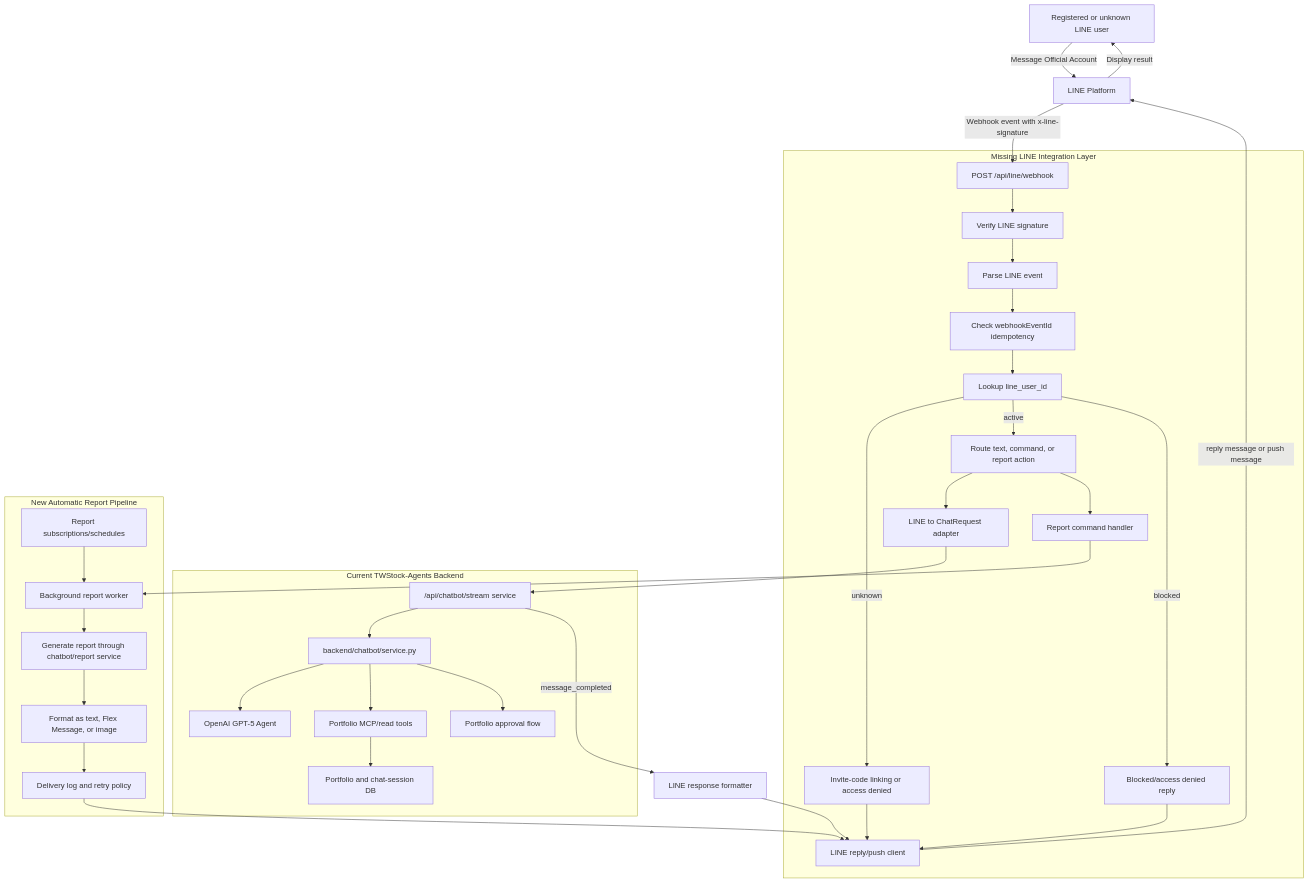
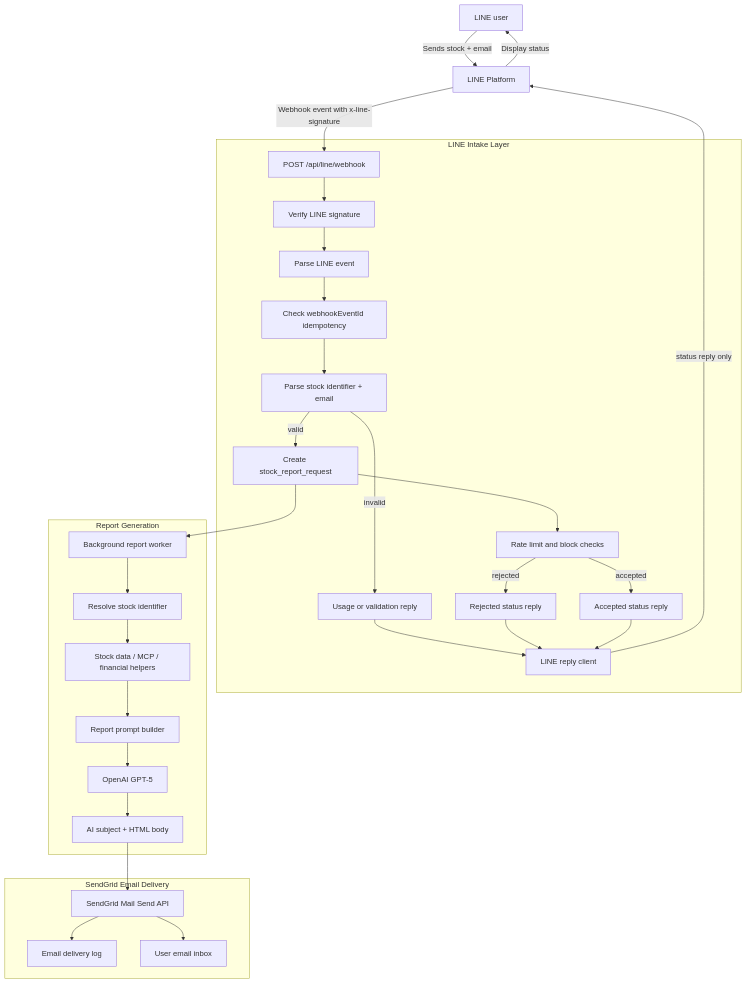
The diagram in docs/superpowers/specs/line-chatbot-reports/03-system-architecture.md (CJsGit-tech/TWStock-Agents), drawn with Mermaid before and after one commit. The commit also changed other lines of this file and 7 other files, not shown here.

Commit message:
docs: revise LINE v1 for SendGrid email reports

````diff
--- a/docs/superpowers/specs/line-chatbot-reports/03-system-architecture.md
+++ b/docs/superpowers/specs/line-chatbot-reports/03-system-architecture.md
@@ -5,43 +5,38 @@
 ```mermaid
 flowchart TD
-    User["Registered or unknown LINE user"] -->|"Message Official Account"| LinePlatform["LINE Platform"]
+    User["LINE user"] -->|"Sends stock + email"| LinePlatform["LINE Platform"]
     LinePlatform -->|"Webhook event with x-line-signature"| LineWebhook["POST /api/line/webhook"]
 
-    subgraph LineIntegration["Missing LINE Integration Layer"]
+    subgraph LineIntake["LINE Intake Layer"]
         LineWebhook --> SignatureVerifier["Verify LINE signature"]
         SignatureVerifier --> EventParser["Parse LINE event"]
         EventParser --> Idempotency["Check webhookEventId idempotency"]
-        Idempotency --> UserLookup["Lookup line_user_id"]
-        UserLookup -->|"unknown"| LinkOrDeny["Invite-code linking or access denied"]
-        UserLookup -->|"active"| IntentRouter["Route text, command, or report action"]
-        UserLookup -->|"blocked"| BlockedReply["Blocked/access denied reply"]
-        IntentRouter --> ChatAdapter["LINE to ChatRequest adapter"]
-        IntentRouter --> ReportCommand["Report command handler"]
-        LinkOrDeny --> LineClient["LINE reply/push client"]
-        BlockedReply --> LineClient
+        Idempotency --> InputParser["Parse stock identifier + email"]
+        InputParser -->|"invalid"| InvalidReply["Usage or validation reply"]
+        InputParser -->|"valid"| RequestStore["Create stock_report_request"]
+        RequestStore --> AbuseChecks["Rate limit and block checks"]
+        AbuseChecks -->|"rejected"| RejectedReply["Rejected status reply"]
+        AbuseChecks -->|"accepted"| AcceptedReply["Accepted status reply"]
+        InvalidReply --> LineClient["LINE reply client"]
+        RejectedReply --> LineClient
+        AcceptedReply --> LineClient
     end
 
-    subgraph CurrentBackend["Current TWStock-Agents Backend"]
-        ChatAdapter --> ChatStream["/api/chatbot/stream service"]
-        ChatStream --> ChatService["backend/chatbot/service.py"]
-        ChatService --> OpenAI["OpenAI GPT-5 Agent"]
-        ChatService --> PortfolioMCP["Portfolio MCP/read tools"]
-        PortfolioMCP --> PortfolioDB["Portfolio and chat-session DB"]
-        ChatService --> ApprovalFlow["Portfolio approval flow"]
+    subgraph ReportGeneration["Report Generation"]
+        RequestStore --> ReportWorker["Background report worker"]
+        ReportWorker --> StockResolver["Resolve stock identifier"]
+        StockResolver --> StockData["Stock data / MCP / financial helpers"]
+        StockData --> ReportPrompt["Report prompt builder"]
+        ReportPrompt --> OpenAI["OpenAI GPT-5"]
+        OpenAI --> EmailWriter["AI subject + HTML body"]
     end
 
-    subgraph ReportDelivery["New Automatic Report Pipeline"]
-        ReportSchedule["Report subscriptions/schedules"] --> ReportWorker["Background report worker"]
-        ReportWorker --> ReportGenerator["Generate report through chatbot/report service"]
-        ReportGenerator --> ReportFormatter["Format as text, Flex Message, or image"]
-        ReportFormatter --> DeliveryLog["Delivery log and retry policy"]
-        DeliveryLog --> LineClient
+    subgraph EmailDelivery["SendGrid Email Delivery"]
+        EmailWriter --> SendGridClient["SendGrid Mail Send API"]
+        SendGridClient --> DeliveryLog["Email delivery log"]
+        SendGridClient --> EmailInbox["User email inbox"]
     end
 
-    ChatStream -->|"message_completed"| ResponseFormatter["LINE response formatter"]
-    ResponseFormatter --> LineClient
-    ReportCommand --> ReportWorker
-
-    LineClient -->|"reply message or push message"| LinePlatform
-    LinePlatform -->|"Display result"| User
+    LineClient -->|"status reply only"| LinePlatform
+    LinePlatform -->|"Display status"| User
 ```
````
